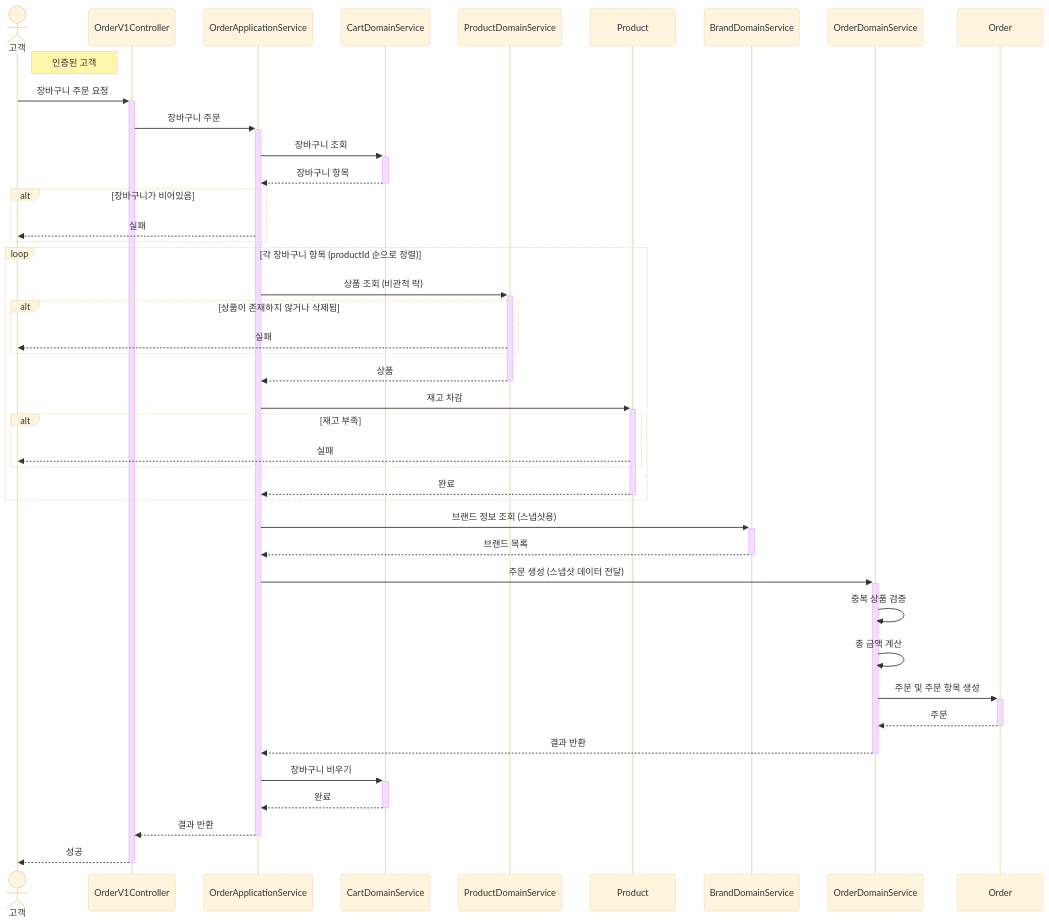
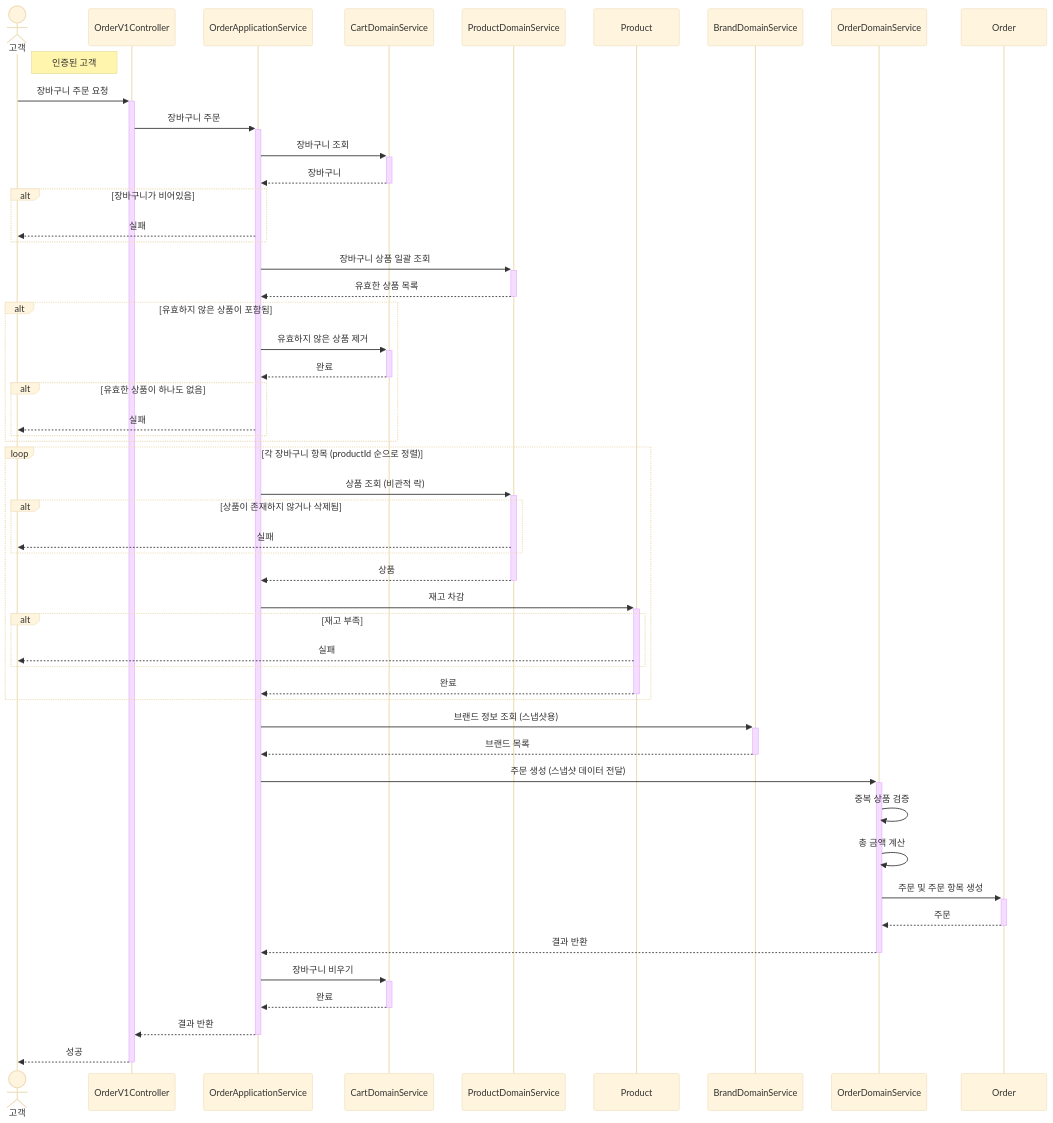
The fourth of 6 diagrams in .docs/02-sequence-diagrams.md (Loopers-dev-lab/loop-pack-be-l2-vol3-java), drawn with Mermaid (base theme) before and after one commit. The commit also changed other lines of this file and 3 other files, not shown here.

````diff
--- a/.docs/02-sequence-diagrams.md
+++ b/.docs/02-sequence-diagrams.md
@@ -172,53 +170,64 @@
 ```mermaid
 sequenceDiagram
     actor 고객
     participant OrderV1Controller
     participant OrderApplicationService
     participant CartDomainService
     participant ProductDomainService
     participant Product
     participant BrandDomainService
     participant OrderDomainService
     participant Order
 
     Note right of 고객: 인증된 고객
 
     고객->>+OrderV1Controller: 장바구니 주문 요청
     OrderV1Controller->>+OrderApplicationService: 장바구니 주문
 
     OrderApplicationService->>+CartDomainService: 장바구니 조회
-    CartDomainService-->>-OrderApplicationService: 장바구니 항목
+    CartDomainService-->>-OrderApplicationService: 장바구니
     alt 장바구니가 비어있음
         OrderApplicationService-->>고객: 실패
+    end
+
+    OrderApplicationService->>+ProductDomainService: 장바구니 상품 일괄 조회
+    ProductDomainService-->>-OrderApplicationService: 유효한 상품 목록
+
+    alt 유효하지 않은 상품이 포함됨
+        OrderApplicationService->>+CartDomainService: 유효하지 않은 상품 제거
+        CartDomainService-->>-OrderApplicationService: 완료
+        alt 유효한 상품이 하나도 없음
+            OrderApplicationService-->>고객: 실패
+        end
     end
 
     loop 각 장바구니 항목 (productId 순으로 정렬)
         OrderApplicationService->>+ProductDomainService: 상품 조회 (비관적 락)
         alt 상품이 존재하지 않거나 삭제됨
             ProductDomainService-->>고객: 실패
         end
         ProductDomainService-->>-OrderApplicationService: 상품
         OrderApplicationService->>+Product: 재고 차감
         alt 재고 부족
             Product-->>고객: 실패
         end
         Product-->>-OrderApplicationService: 완료
     end
 
     OrderApplicationService->>+BrandDomainService: 브랜드 정보 조회 (스냅샷용)
     BrandDomainService-->>-OrderApplicationService: 브랜드 목록
 
     OrderApplicationService->>+OrderDomainService: 주문 생성 (스냅샷 데이터 전달)
     OrderDomainService->>OrderDomainService: 중복 상품 검증
     OrderDomainService->>OrderDomainService: 총 금액 계산
     OrderDomainService->>+Order: 주문 및 주문 항목 생성
     Order-->>-OrderDomainService: 주문
 
     OrderDomainService-->>-OrderApplicationService: 결과 반환
 
     OrderApplicationService->>+CartDomainService: 장바구니 비우기
     CartDomainService-->>-OrderApplicationService: 완료
 
     OrderApplicationService-->>-OrderV1Controller: 결과 반환
     OrderV1Controller-->>-고객: 성공
 ```
````
